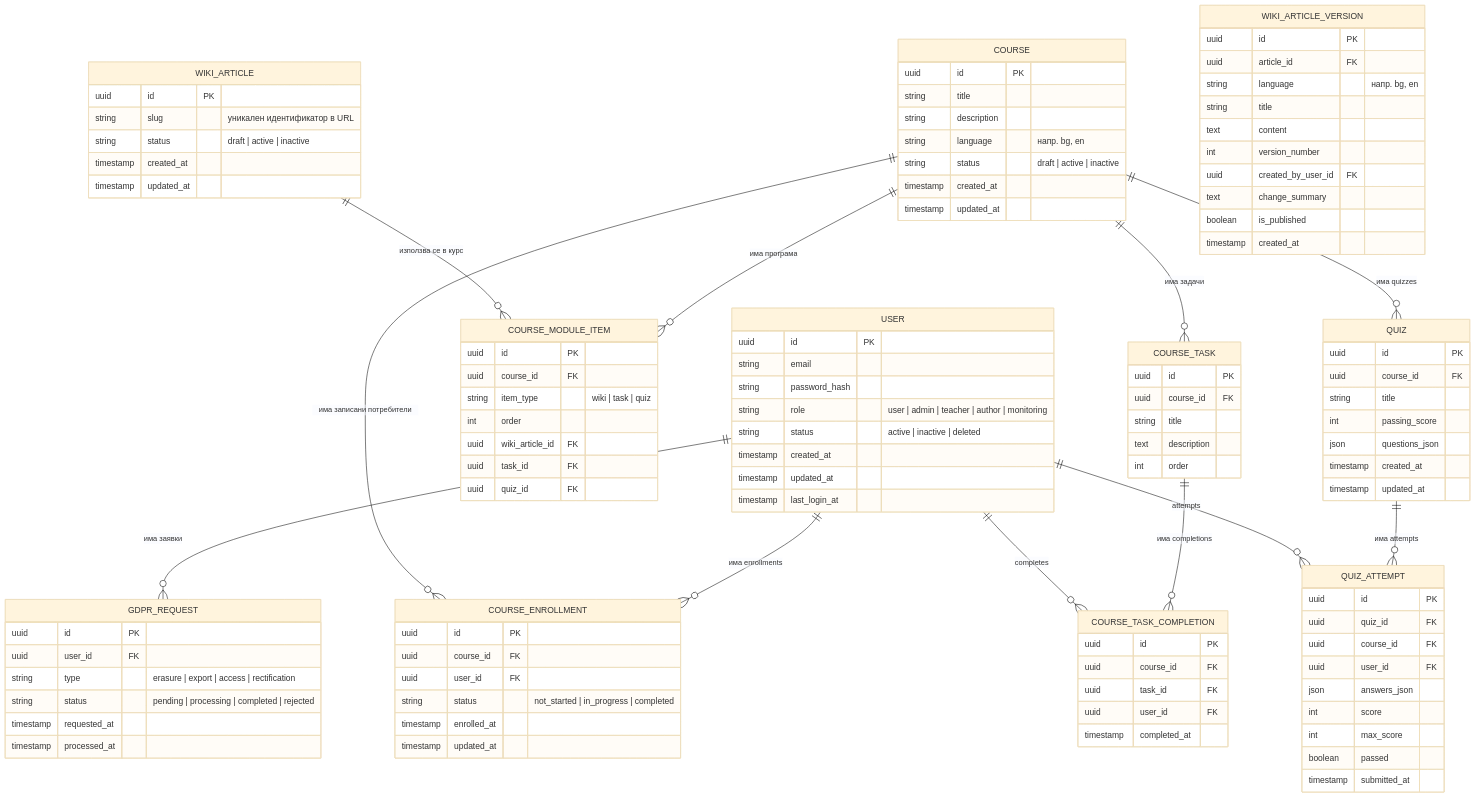
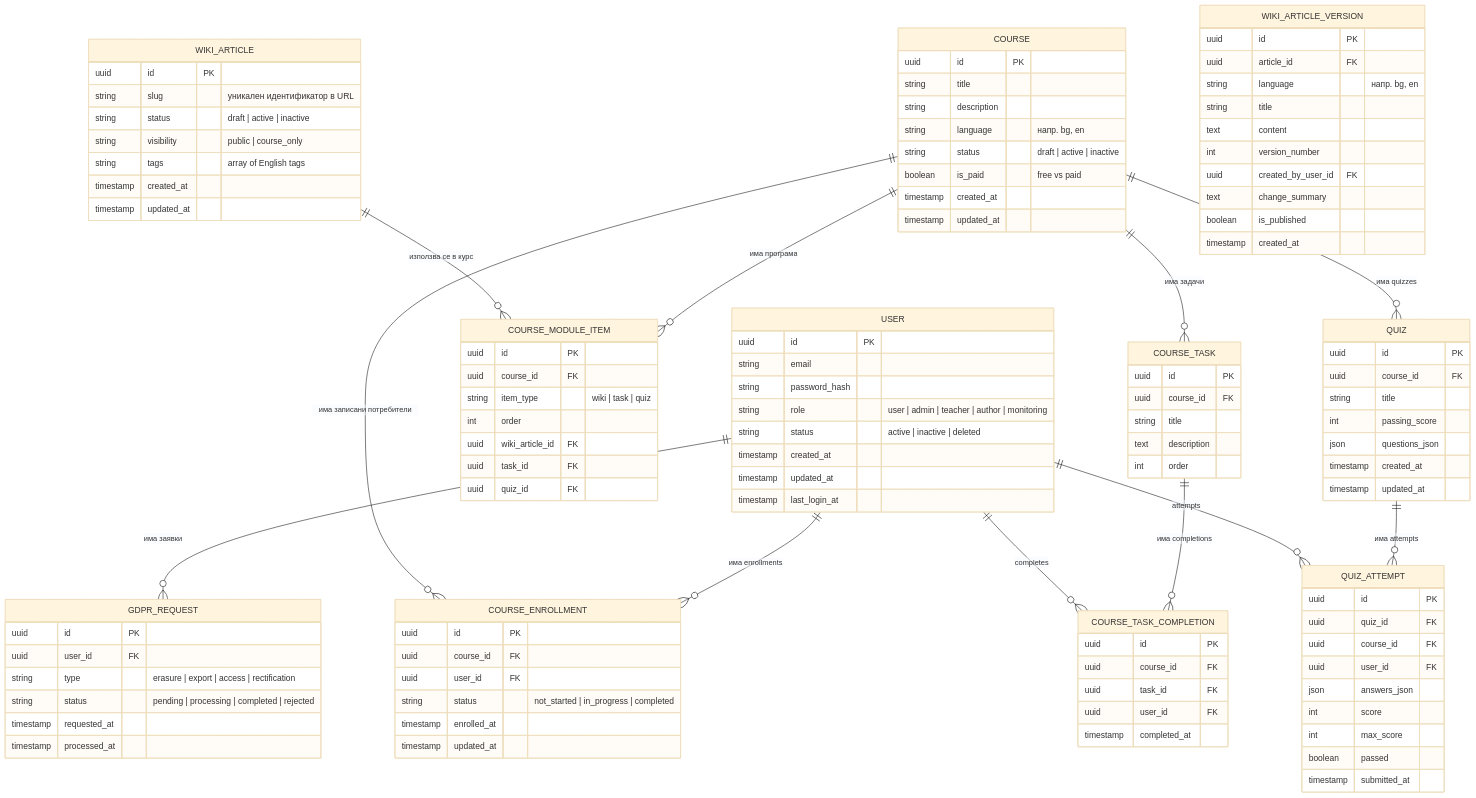
Before and after one commit to ivan-markov-666/beelms: the diagram in docs/architecture/db-model.md, drawn with Mermaid (base theme). The commit also changed 8 other files, not shown here.

```diff
--- a/docs/architecture/db-model.md
+++ b/docs/architecture/db-model.md
@@ -58,6 +58,8 @@
         uuid id PK
         string slug           "уникален идентификатор в URL"
         string status         "draft | active | inactive"
+        string visibility     "public | course_only"
+        string tags           "array of English tags"
         timestamp created_at
         timestamp updated_at
     }
@@ -90,6 +92,7 @@
         string description
         string language      "напр. bg, en"
         string status        "draft | active | inactive"
+        boolean is_paid      "free vs paid"
         timestamp created_at
         timestamp updated_at
     }
```
